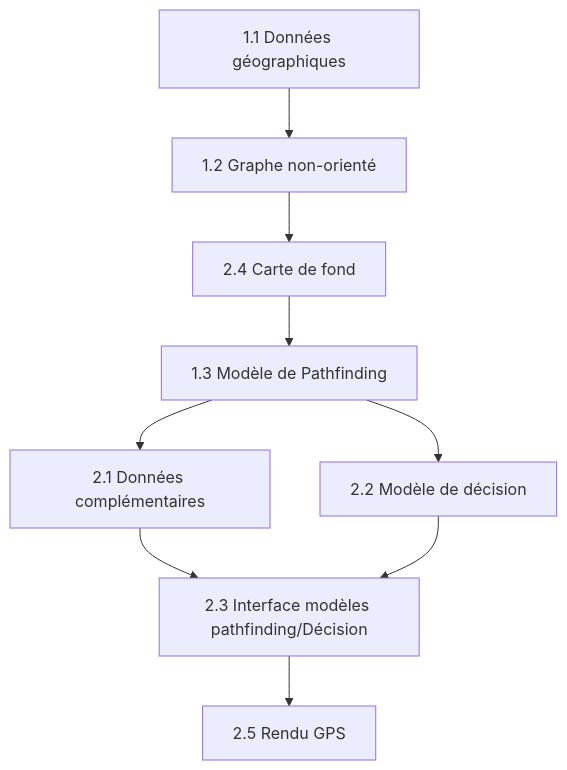
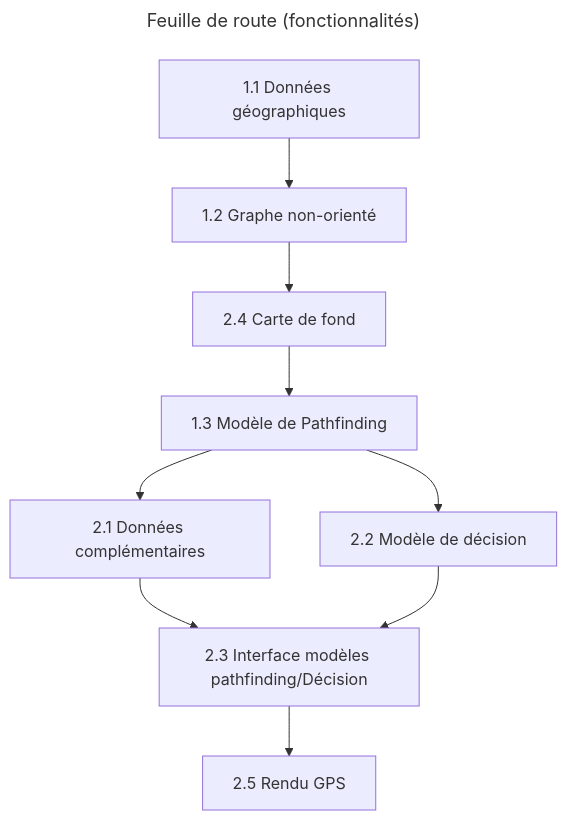
Before and after one commit to laceric/Run_Path_Generator: the diagram in README.md, drawn with Mermaid. The commit also changed other lines of this file, not shown here.

````diff
--- a/README.md
+++ b/README.md
@@ -35,10 +34,13 @@
 ```mermaid
+---
+title: Feuille de route (fonctionnalités)
+---
 graph TD;
     A[1.1 Données géographiques]-->B[1.2 Graphe non-orienté];
     B-->C[2.4 Carte de fond];
     C-->D[1.3 Modèle de Pathfinding];
     D-->E[2.1 Données complémentaires];
     D-->F[2.2 Modèle de décision];
     E & F-->G[2.3 Interface modèles pathfinding/Décision];
     G-->H[2.5 Rendu GPS];
 ```
````
